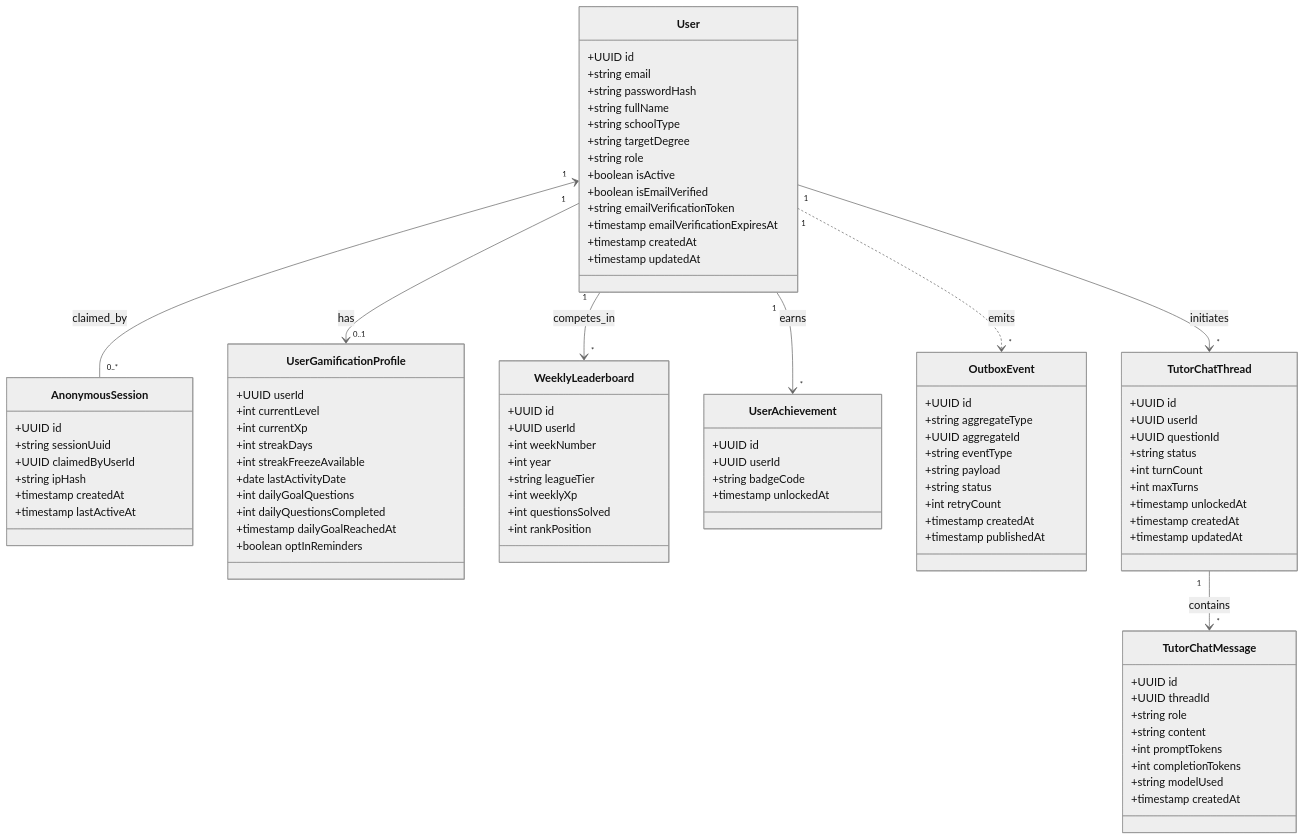
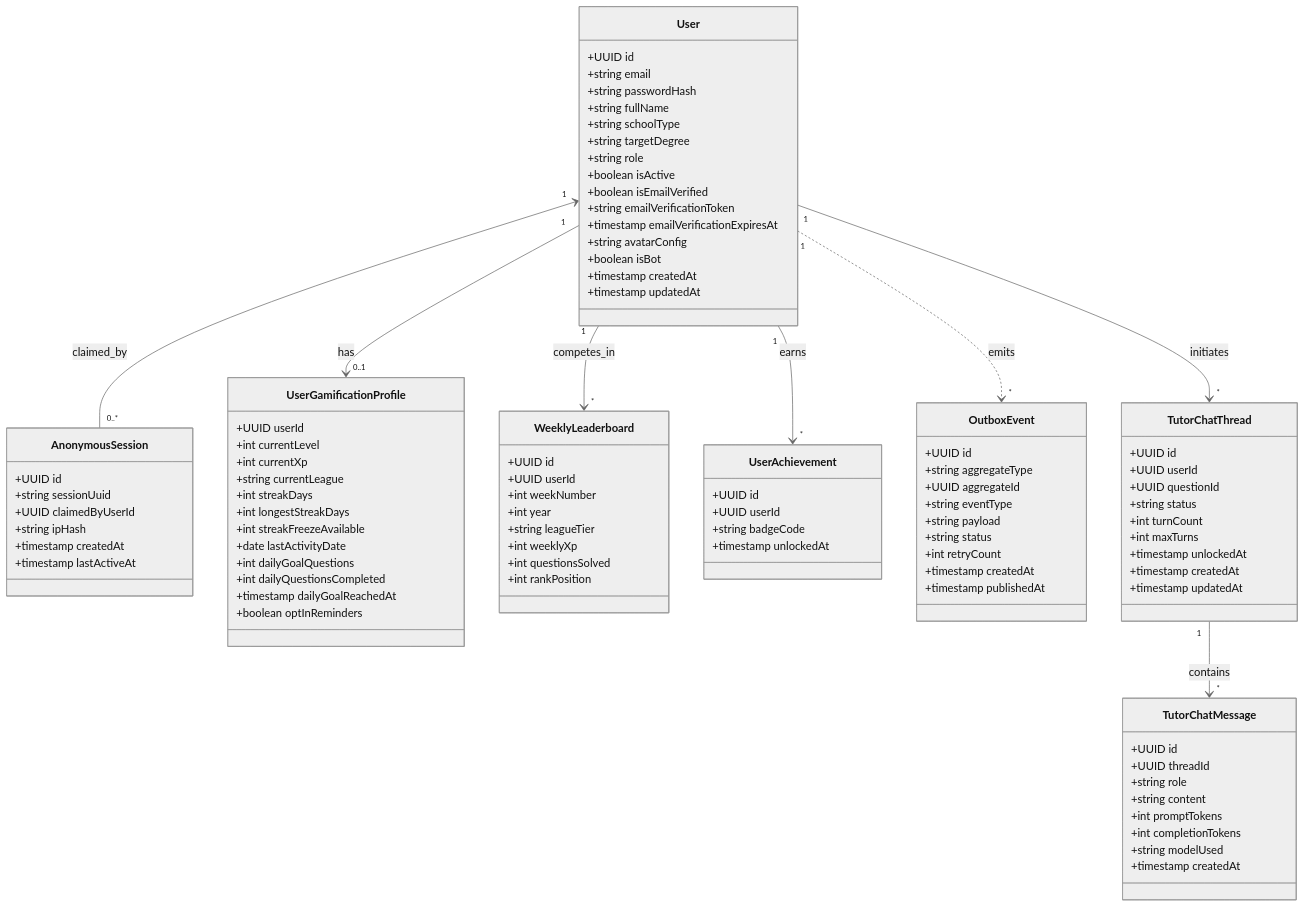
The second of 7 diagrams in docs/specifications/04-data-modeling.md (Veras-D/AprovaENEM), drawn with Mermaid (neutral theme) before and after one commit. The commit also changed other lines of this file and 6 other files, not shown here.

Commit message:
docs(spec): synchronize API specs, data models, architecture, and Postman collection (S6-48)

```diff
--- a/docs/specifications/04-data-modeling.md
+++ b/docs/specifications/04-data-modeling.md
@@ -117,6 +118,8 @@
         +boolean isEmailVerified
         +string emailVerificationToken
         +timestamp emailVerificationExpiresAt
+        +string avatarConfig
+        +boolean isBot
         +timestamp createdAt
         +timestamp updatedAt
     }
@@ -134,7 +137,9 @@
         +UUID userId
         +int currentLevel
         +int currentXp
+        +string currentLeague
         +int streakDays
+        +int longestStreakDays
         +int streakFreezeAvailable
         +date lastActivityDate
         +int dailyGoalQuestions
```
